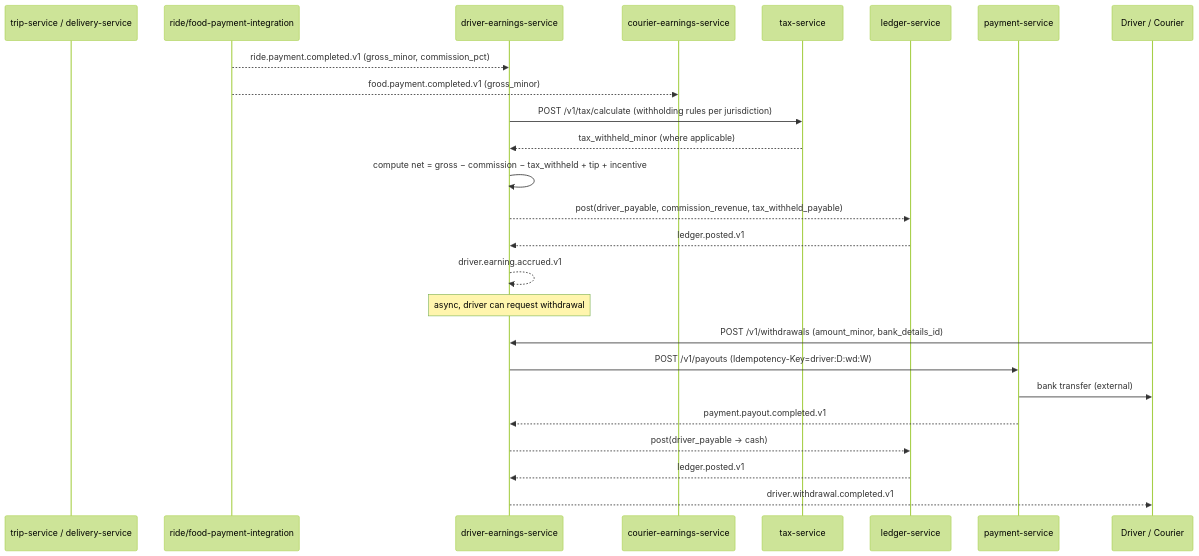
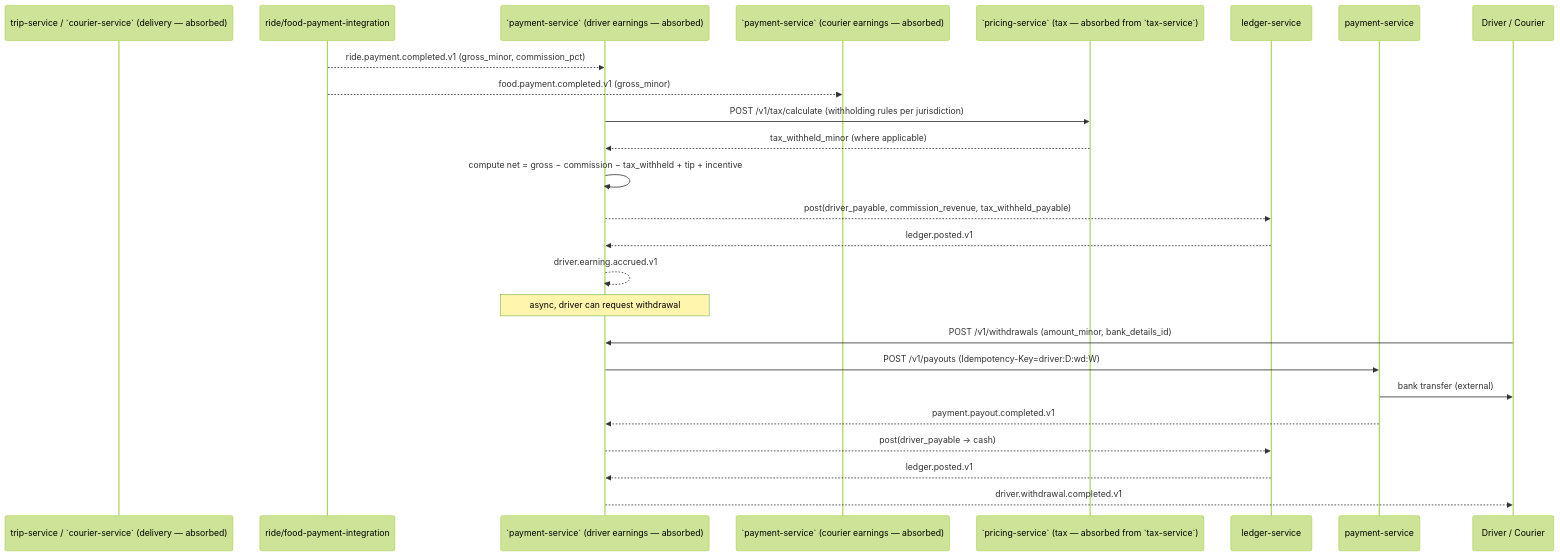
The fourth of 9 diagrams in docs/workflows/ACCOUNTING_WORKFLOWS.md (mohamedhabibwork/trips-enjoy-docs), drawn with Mermaid (forest theme) before and after one commit. The commit also changed other lines of this file and 525 other files, not shown here.

````diff
--- a/docs/workflows/ACCOUNTING_WORKFLOWS.md
+++ b/docs/workflows/ACCOUNTING_WORKFLOWS.md
@@ -200,28 +200,28 @@
 ```mermaid
 sequenceDiagram
-    participant TR as trip-service / delivery-service
+    participant TR as trip-service / `courier-service` (delivery — absorbed)
     participant ORCH as ride/food-payment-integration
-    participant DE as driver-earnings-service
-    participant CE as courier-earnings-service
-    participant TX as tax-service
+    participant DE as `payment-service` (driver earnings — absorbed)
+    participant CE as `payment-service` (courier earnings — absorbed)
+    participant TX as `pricing-service` (tax — absorbed from `tax-service`)
     participant LD as ledger-service
     participant PAY as payment-service
     participant DR as Driver / Courier
 
     ORCH-->>DE: ride.payment.completed.v1 (gross_minor, commission_pct)
     ORCH-->>CE: food.payment.completed.v1 (gross_minor)
     DE->>TX: POST /v1/tax/calculate (withholding rules per jurisdiction)
     TX-->>DE: tax_withheld_minor (where applicable)
     DE->>DE: compute net = gross − commission − tax_withheld + tip + incentive
     DE-->>LD: post(driver_payable, commission_revenue, tax_withheld_payable)
     LD-->>DE: ledger.posted.v1
     DE-->>DE: driver.earning.accrued.v1
     Note over DE: async, driver can request withdrawal
     DR->>DE: POST /v1/withdrawals (amount_minor, bank_details_id)
     DE->>PAY: POST /v1/payouts (Idempotency-Key=driver:D:wd:W)
     PAY->>DR: bank transfer (external)
     PAY-->>DE: payment.payout.completed.v1
     DE-->>LD: post(driver_payable → cash)
     LD-->>DE: ledger.posted.v1
     DE-->>DR: driver.withdrawal.completed.v1
 ```
````
